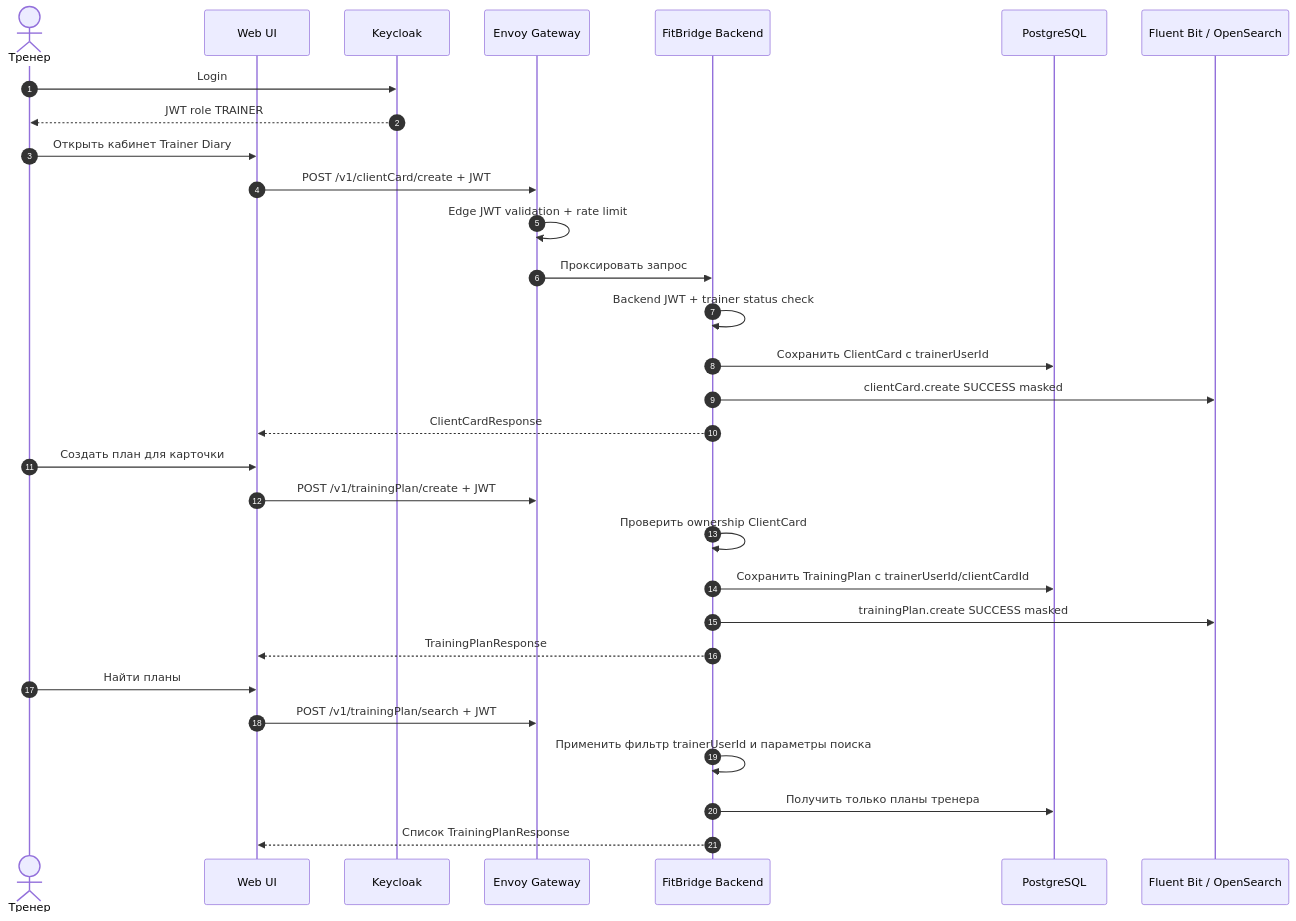
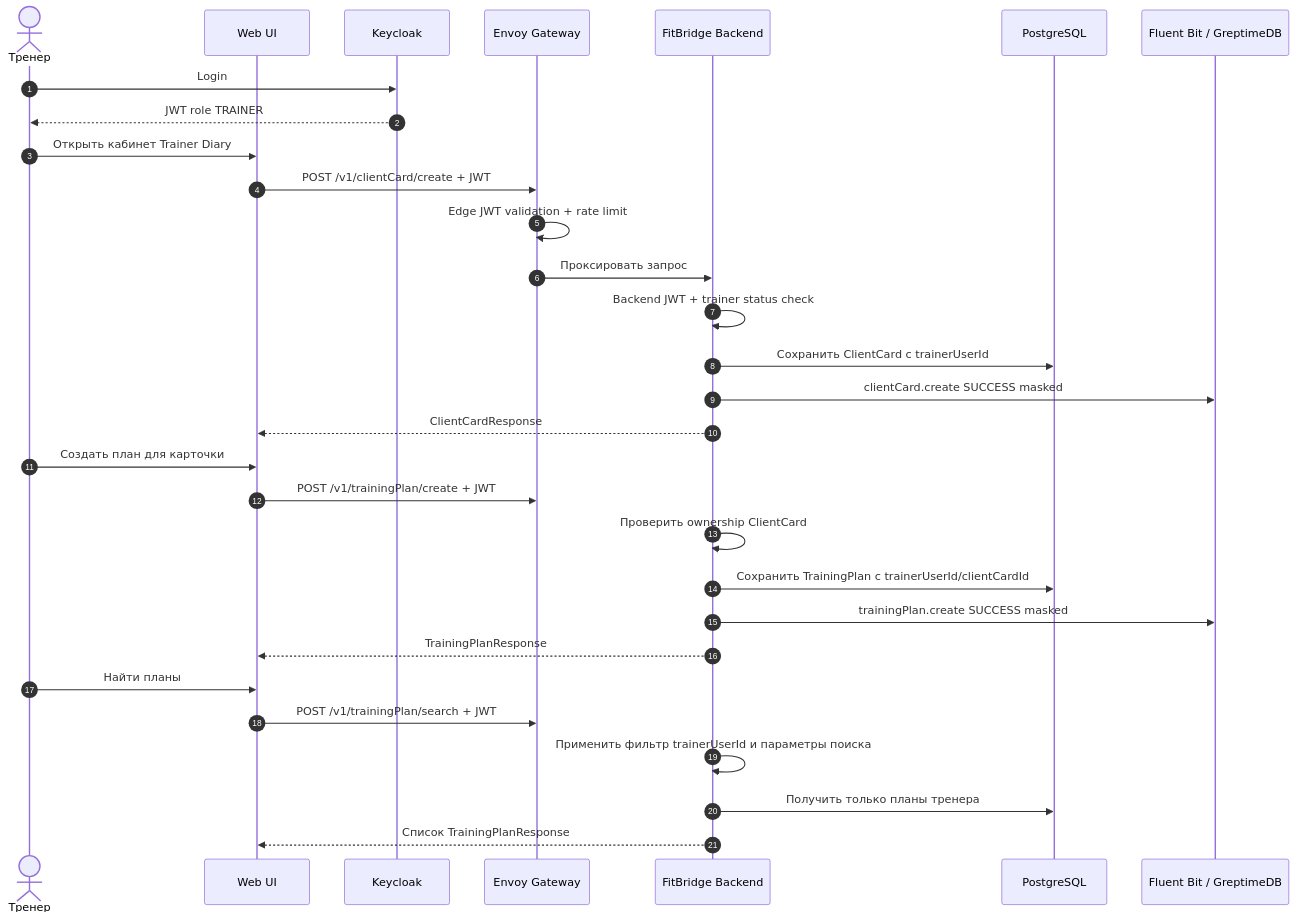
One commit to MartyanovAV/otuskotlin changed the diagram in docs/03-architecture/SECURITY_ARCHITECTURE.md. Above: the diagram before and after it, drawn with Mermaid. The commit also changed other lines of this file and 33 other files, not shown here.

Commit message:
Migrate observability from OpenSearch to GreptimeDB

````diff
--- a/docs/03-architecture/SECURITY_ARCHITECTURE.md
+++ b/docs/03-architecture/SECURITY_ARCHITECTURE.md
@@ -120,35 +120,35 @@
 ```mermaid
 sequenceDiagram
     autonumber
     actor Trainer as Тренер
     participant UI as Web UI
     participant KC as Keycloak
     participant GW as Envoy Gateway
     participant API as FitBridge Backend
     participant DB as PostgreSQL
-    participant LOG as Fluent Bit / OpenSearch
+    participant LOG as Fluent Bit / GreptimeDB
 
     Trainer->>KC: Login
     KC-->>Trainer: JWT role TRAINER
     Trainer->>UI: Открыть кабинет Trainer Diary
     UI->>GW: POST /v1/clientCard/create + JWT
     GW->>GW: Edge JWT validation + rate limit
     GW->>API: Проксировать запрос
     API->>API: Backend JWT + trainer status check
     API->>DB: Сохранить ClientCard с trainerUserId
     API->>LOG: clientCard.create SUCCESS masked
     API-->>UI: ClientCardResponse
 
     Trainer->>UI: Создать план для карточки
     UI->>GW: POST /v1/trainingPlan/create + JWT
     API->>API: Проверить ownership ClientCard
     API->>DB: Сохранить TrainingPlan с trainerUserId/clientCardId
     API->>LOG: trainingPlan.create SUCCESS masked
     API-->>UI: TrainingPlanResponse
 
     Trainer->>UI: Найти планы
     UI->>GW: POST /v1/trainingPlan/search + JWT
     API->>API: Применить фильтр trainerUserId и параметры поиска
     API->>DB: Получить только планы тренера
     API-->>UI: Список TrainingPlanResponse
 ```
````
